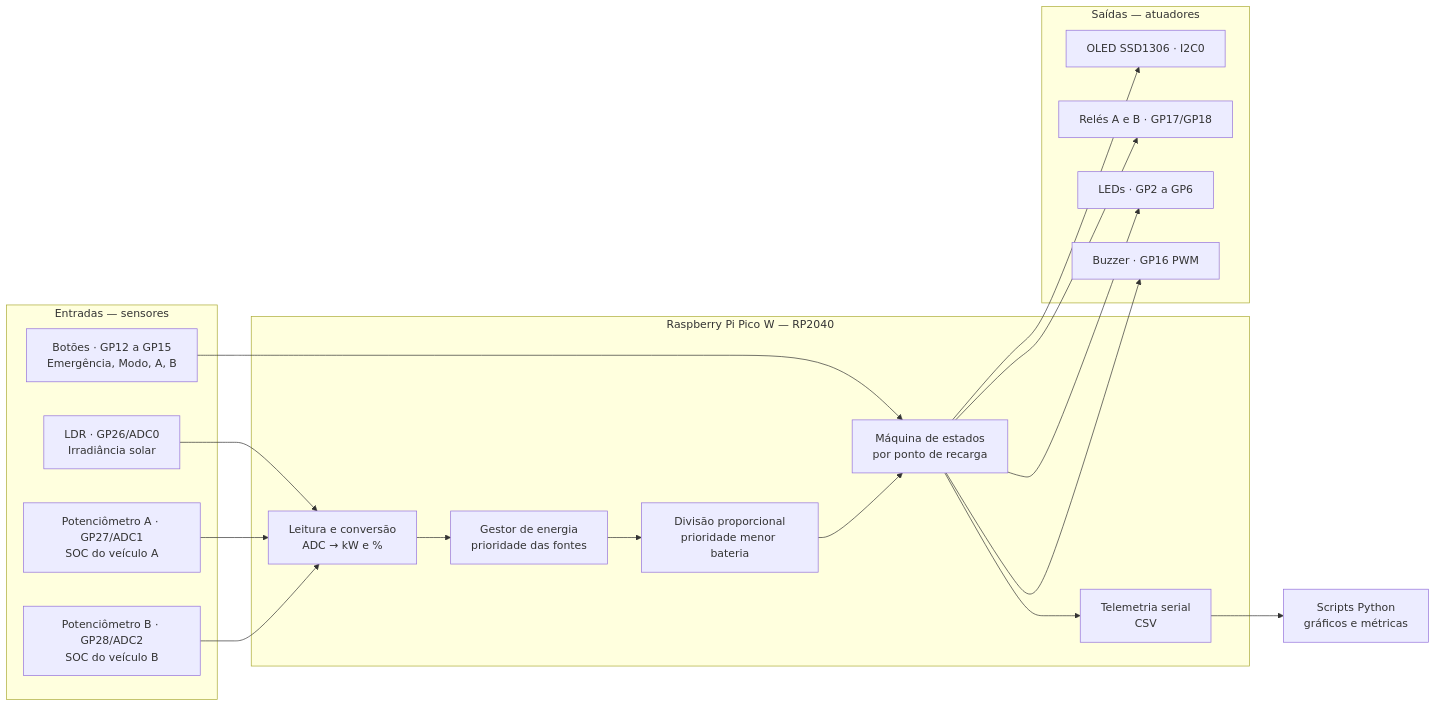
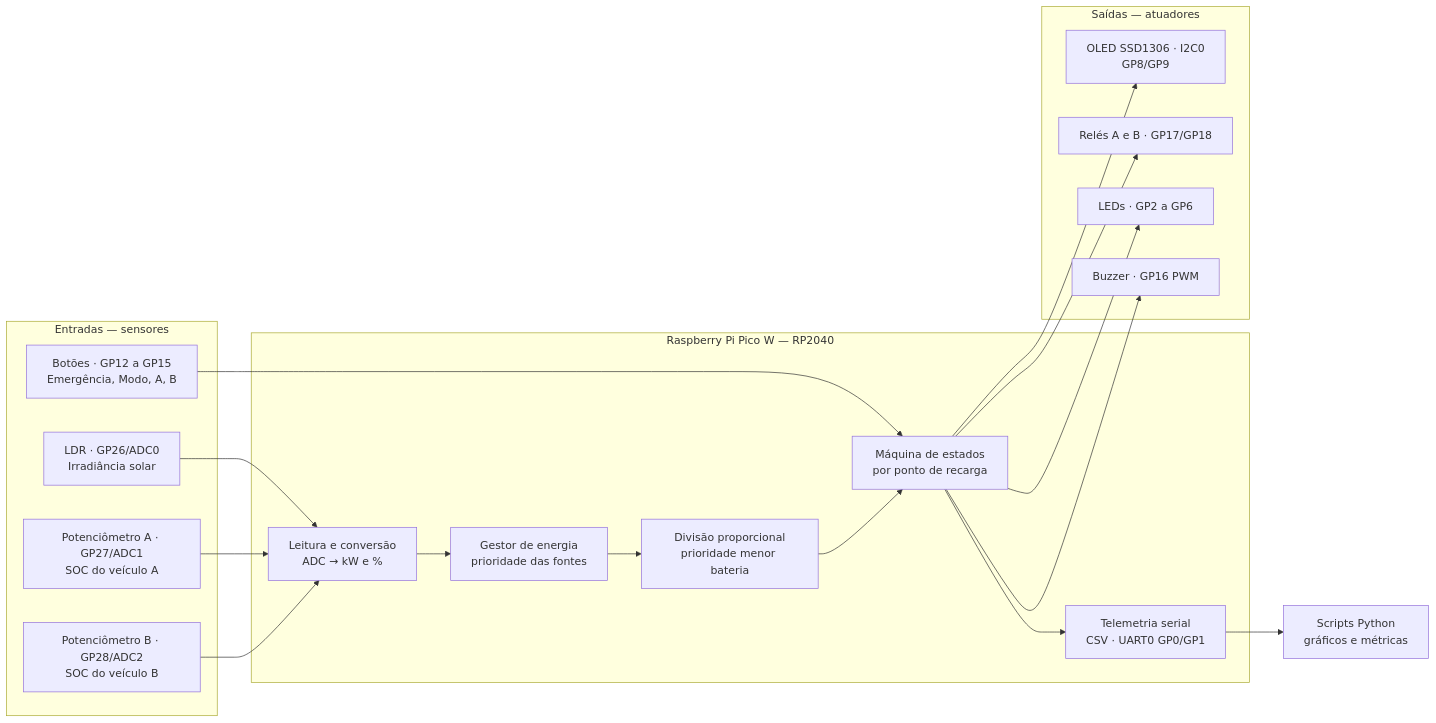
One commit to GustavoBitencourtLopes/sprint4-goodwe-solarflow changed the first of 4 diagrams in docs/arquitetura.md. Above: the diagram before and after it, drawn with Mermaid. The commit also changed other lines of this file, not shown here.

````diff
--- a/docs/arquitetura.md
+++ b/docs/arquitetura.md
@@ -99,31 +111,31 @@
 ```mermaid
 flowchart LR
     subgraph IN["Entradas — sensores"]
         LDR["LDR · GP26/ADC0<br/>Irradiância solar"]
         POTA["Potenciômetro A · GP27/ADC1<br/>SOC do veículo A"]
         POTB["Potenciômetro B · GP28/ADC2<br/>SOC do veículo B"]
         BTN["Botões · GP12 a GP15<br/>Emergência, Modo, A, B"]
     end
     subgraph MCU["Raspberry Pi Pico W — RP2040"]
         LEIT["Leitura e conversão<br/>ADC → kW e %"]
         EMS["Gestor de energia<br/>prioridade das fontes"]
         ALG["Divisão proporcional<br/>prioridade menor bateria"]
         FSM["Máquina de estados<br/>por ponto de recarga"]
-        LOG["Telemetria serial<br/>CSV"]
+        LOG["Telemetria serial<br/>CSV · UART0 GP0/GP1"]
     end
     subgraph OUT["Saídas — atuadores"]
-        OLED["OLED SSD1306 · I2C0"]
+        OLED["OLED SSD1306 · I2C0<br/>GP8/GP9"]
         REL["Relés A e B · GP17/GP18"]
         LEDS["LEDs · GP2 a GP6"]
         BUZ["Buzzer · GP16 PWM"]
     end
     PC["Scripts Python<br/>gráficos e métricas"]
 
     LDR --> LEIT
     POTA --> LEIT
     POTB --> LEIT
     BTN --> FSM
     LEIT --> EMS --> ALG --> FSM
     FSM --> OLED & REL & LEDS & BUZ
     FSM --> LOG --> PC
 ```
````
